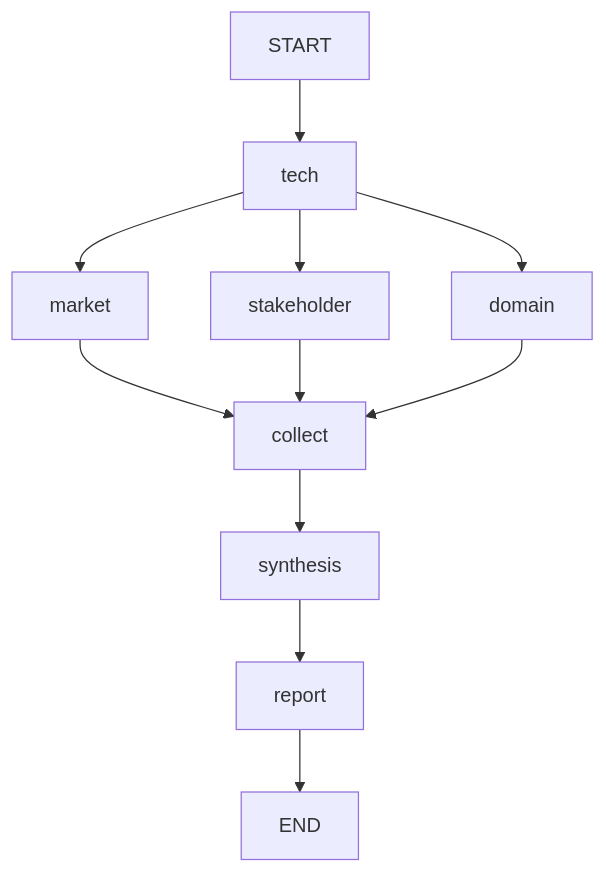
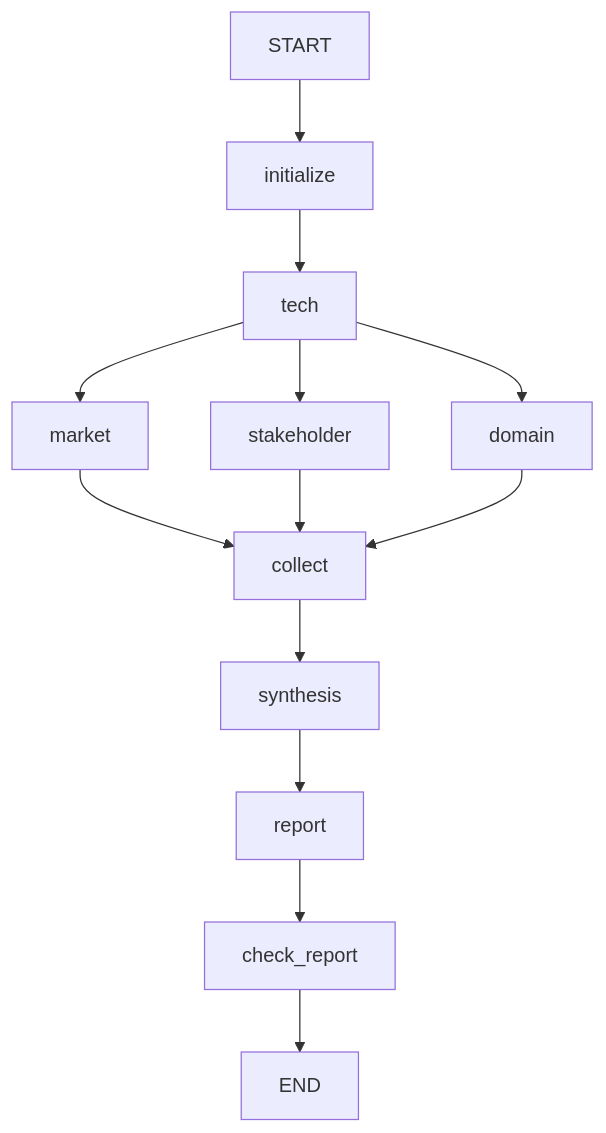
The diagram in README.md (dh610/kv-cache-agentic-rag), drawn with Mermaid before and after one commit. The commit also changed other lines of this file and 49 other files, not shown here.

````diff
--- a/README.md
+++ b/README.md
@@ -98,13 +99,15 @@
 ```mermaid
 flowchart TD
-    START --> tech
+    START --> initialize
+    initialize --> tech
     tech --> market
     tech --> stakeholder
     tech --> domain
     market --> collect
     stakeholder --> collect
     domain --> collect
     collect --> synthesis
     synthesis --> report
-    report --> END
+    report --> check_report
+    check_report --> END
 ```
````
